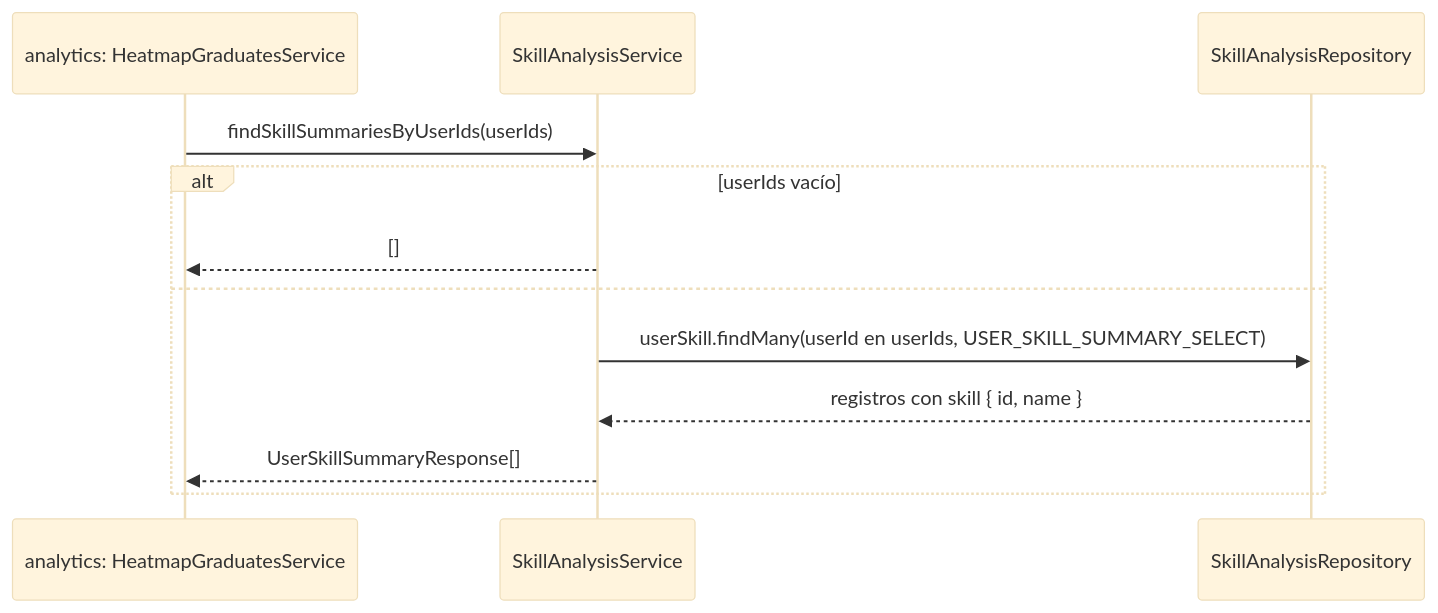
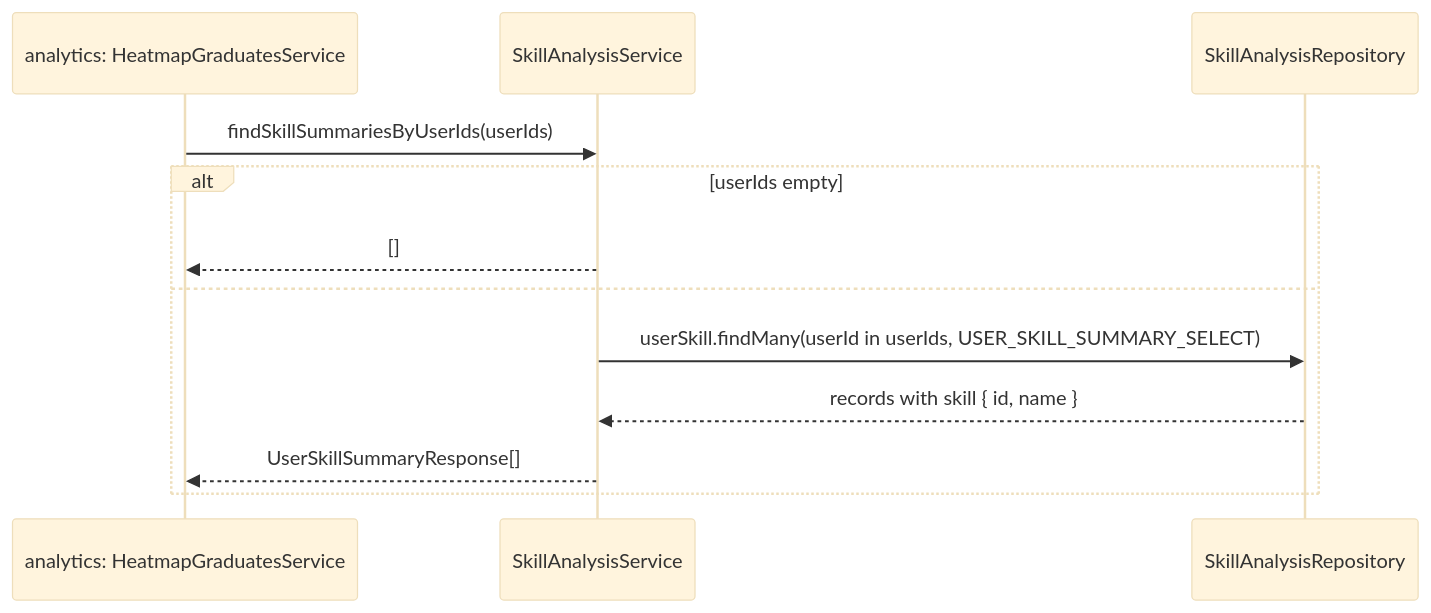
One commit to UMSSY/umssy-app changed the fifth of 5 diagrams in docs/skills/README.md. Above: the diagram before and after it, drawn with Mermaid (base theme). The commit also changed other lines of this file and 8 other files, not shown here.

````diff
--- a/docs/skills/README.md
+++ b/docs/skills/README.md
@@ -166,14 +166,14 @@
 ```mermaid
 sequenceDiagram
   participant AN as analytics: HeatmapGraduatesService
   participant S as SkillAnalysisService
   participant R as SkillAnalysisRepository
   AN->>S: findSkillSummariesByUserIds(userIds)
-  alt userIds vacío
+  alt userIds empty
     S-->>AN: []
   else
-    S->>R: userSkill.findMany(userId en userIds, USER_SKILL_SUMMARY_SELECT)
-    R-->>S: registros con skill { id, name }
+    S->>R: userSkill.findMany(userId in userIds, USER_SKILL_SUMMARY_SELECT)
+    R-->>S: records with skill { id, name }
     S-->>AN: UserSkillSummaryResponse[]
   end
 ```
````
